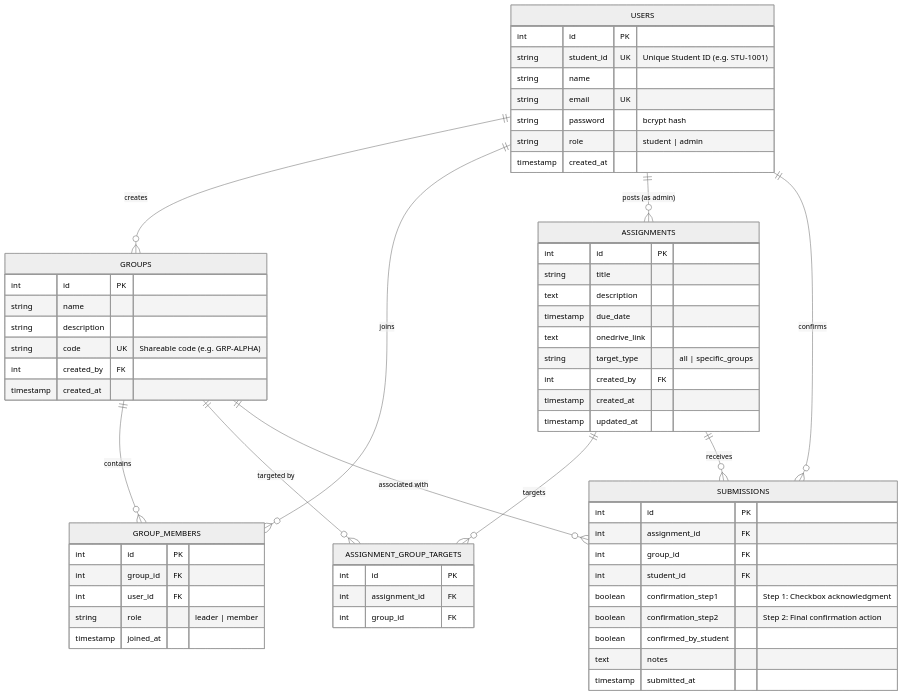
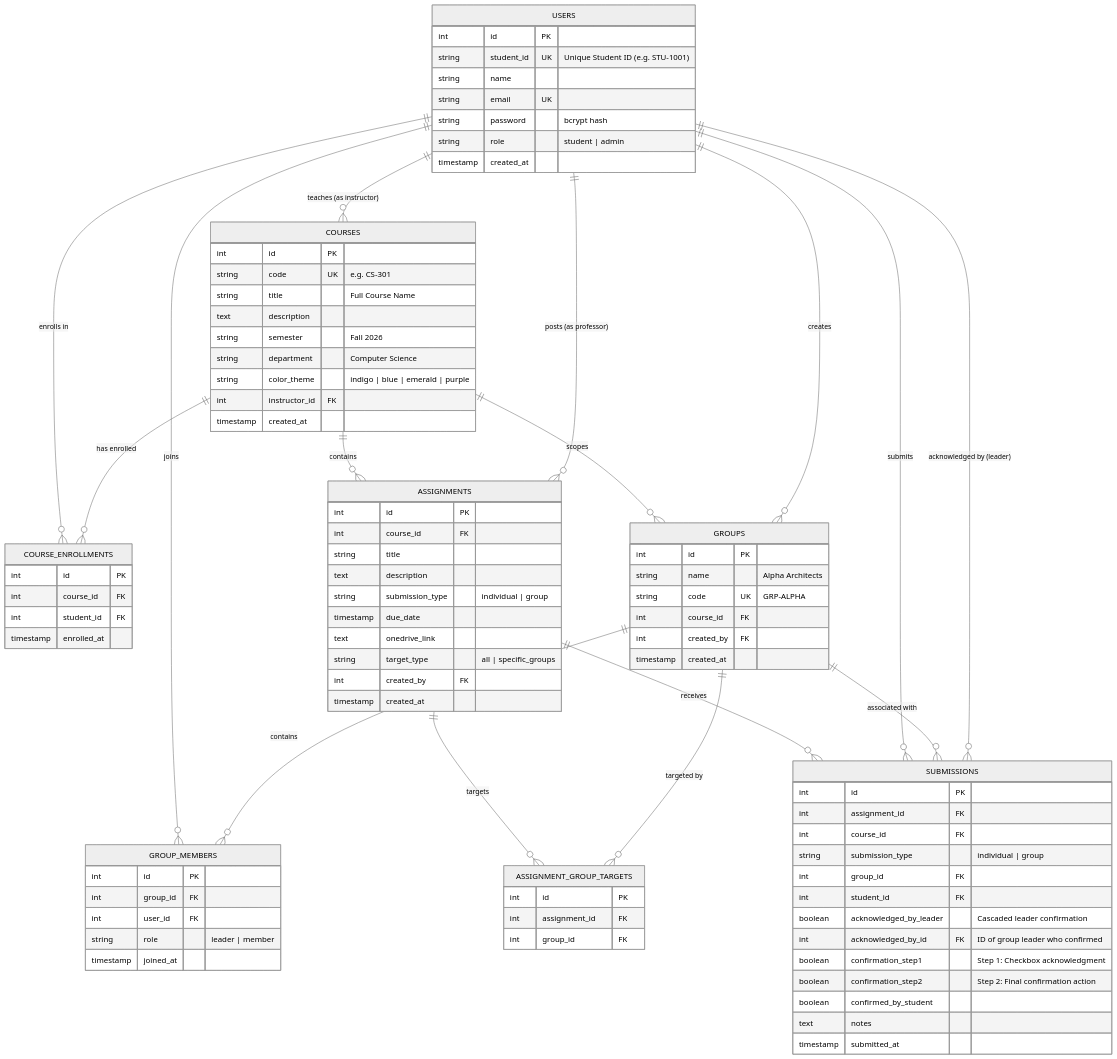
One commit to oubair777/StudentGroupManagement changed the third of 3 diagrams in README.md. Above: the diagram before and after it, drawn with Mermaid (neutral theme). The commit also changed other lines of this file and 26 other files, not shown here.

Commit message:
feat: complete Round 2 with course management, UI/UX polish and group leader acknowledgment

````diff
--- a/README.md
+++ b/README.md
@@ -75,14 +151,23 @@
 ```mermaid
 erDiagram
+    USERS ||--o{ COURSES : "teaches (as instructor)"
+    USERS ||--o{ COURSE_ENROLLMENTS : "enrolls in"
+    COURSES ||--o{ COURSE_ENROLLMENTS : "has enrolled"
+    COURSES ||--o{ GROUPS : "scopes"
+    COURSES ||--o{ ASSIGNMENTS : "contains"
+    
     USERS ||--o{ GROUPS : "creates"
     USERS ||--o{ GROUP_MEMBERS : "joins"
     GROUPS ||--o{ GROUP_MEMBERS : "contains"
-    USERS ||--o{ ASSIGNMENTS : "posts (as admin)"
+    
+    USERS ||--o{ ASSIGNMENTS : "posts (as professor)"
     ASSIGNMENTS ||--o{ ASSIGNMENT_GROUP_TARGETS : "targets"
     GROUPS ||--o{ ASSIGNMENT_GROUP_TARGETS : "targeted by"
+    
     ASSIGNMENTS ||--o{ SUBMISSIONS : "receives"
-    USERS ||--o{ SUBMISSIONS : "confirms"
+    USERS ||--o{ SUBMISSIONS : "submits"
     GROUPS ||--o{ SUBMISSIONS : "associated with"
+    USERS ||--o{ SUBMISSIONS : "acknowledged by (leader)"
 
     USERS {
         int id PK
@@ -94,11 +179,30 @@
         timestamp created_at
     }
 
+    COURSES {
+        int id PK
+        string code UK "e.g. CS-301"
+        string title "Full Course Name"
+        text description
+        string semester "Fall 2026"
+        string department "Computer Science"
+        string color_theme "indigo | blue | emerald | purple"
+        int instructor_id FK
+        timestamp created_at
+    }
+
+    COURSE_ENROLLMENTS {
+        int id PK
+        int course_id FK
+        int student_id FK
+        timestamp enrolled_at
+    }
+
     GROUPS {
         int id PK
-        string name
-        string description
-        string code UK "Shareable code (e.g. GRP-ALPHA)"
+        string name "Alpha Architects"
+        string code UK "GRP-ALPHA"
+        int course_id FK
         int created_by FK
         timestamp created_at
     }
@@ -113,14 +217,15 @@
 
     ASSIGNMENTS {
         int id PK
+        int course_id FK
         string title
         text description
+        string submission_type "individual | group"
         timestamp due_date
         text onedrive_link
         string target_type "all | specific_groups"
         int created_by FK
         timestamp created_at
-        timestamp updated_at
     }
 
     ASSIGNMENT_GROUP_TARGETS {
@@ -132,8 +237,12 @@
     SUBMISSIONS {
         int id PK
         int assignment_id FK
+        int course_id FK
+        string submission_type "individual | group"
         int group_id FK
         int student_id FK
+        boolean acknowledged_by_leader "Cascaded leader confirmation"
+        int acknowledged_by_id FK "ID of group leader who confirmed"
         boolean confirmation_step1 "Step 1: Checkbox acknowledgment"
         boolean confirmation_step2 "Step 2: Final confirmation action"
         boolean confirmed_by_student
````
